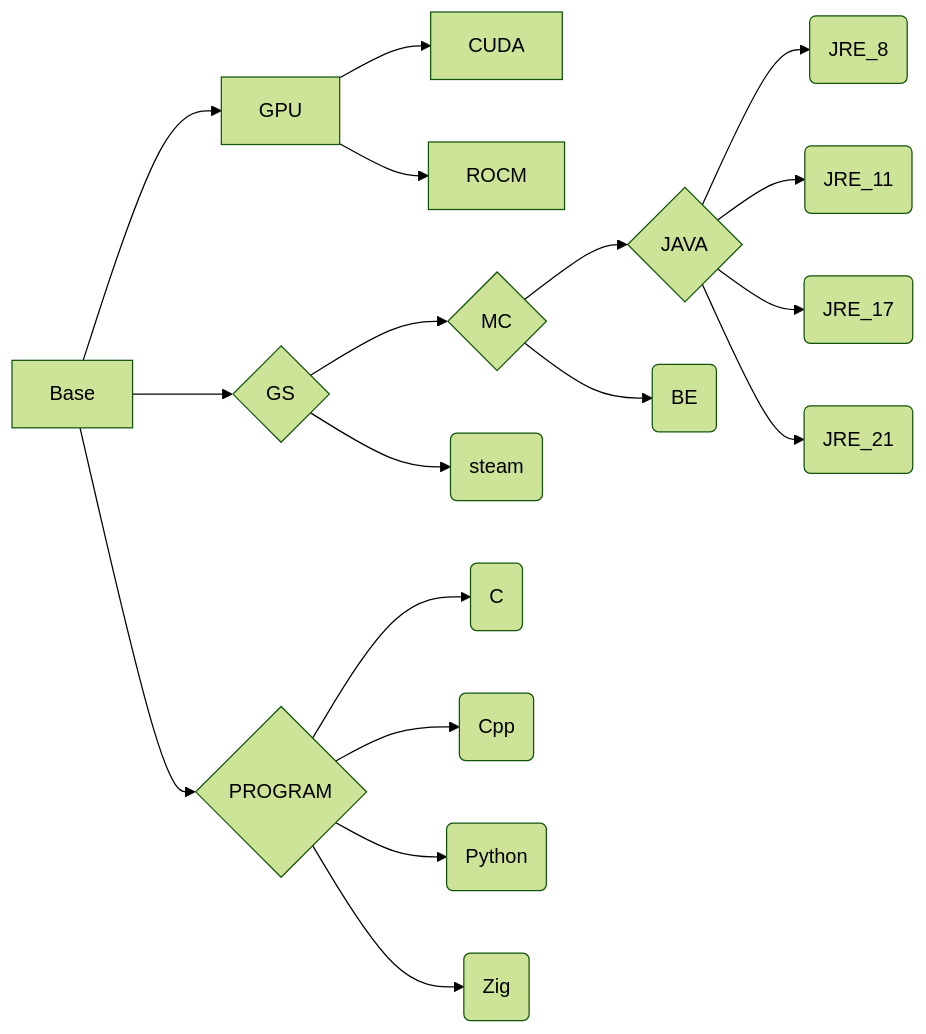
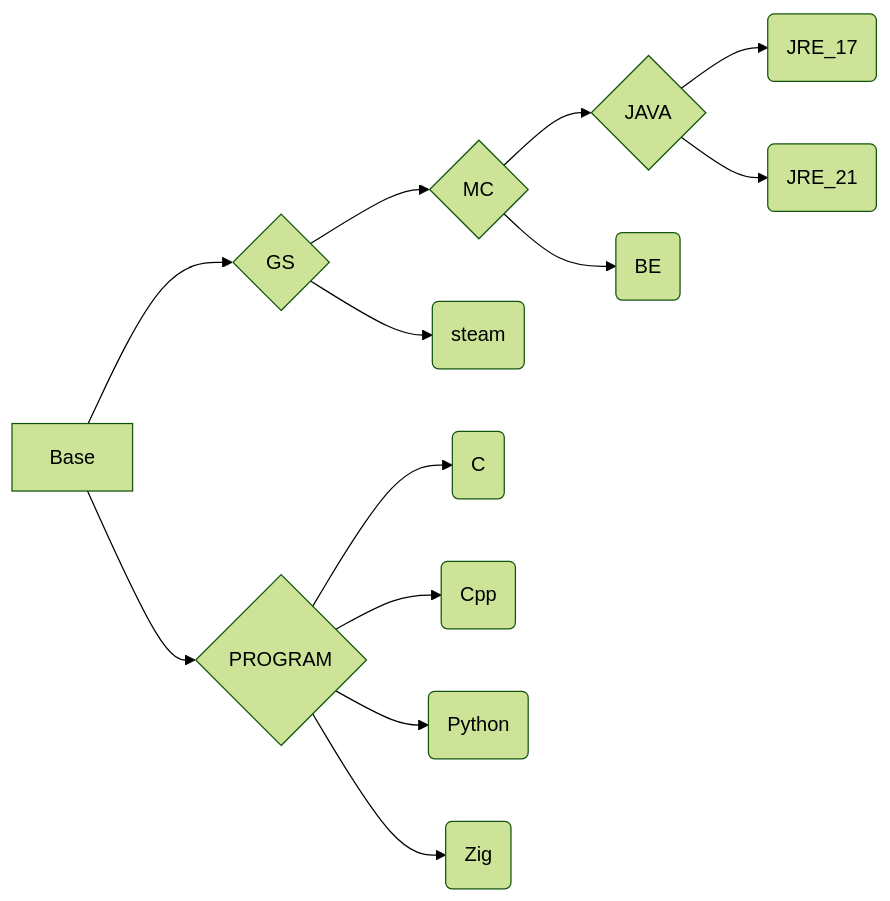
Before and after one commit to eoeair/cenv: the diagram in README.md, drawn with Mermaid (forest theme). The commit also changed other lines of this file and 14 other files, not shown here.

````diff
--- a/README.md
+++ b/README.md
@@ -29,22 +19,16 @@
 ```mermaid
 graph LR
-
-Base-->GPU
-GPU-->CUDA
-GPU-->ROCM
 
 Base-->G{GS}-->GA{MC}
 G-->GB(steam)
 GA{MC}-->GAA{JAVA}
 GA{MC}-->GAB(BE)
-GAA-->GAAA(JRE_8)
-GAA-->GAAB(JRE_11)
-GAA-->GAAC(JRE_17)
-GAA-->GAAD(JRE_21)
+GAA-->GAC(JRE_17)
+GAA-->GAD(JRE_21)
 
 Base-->P{PROGRAM}
 P-->PA(C)
 P-->PB(Cpp)
 P-->PC(Python)
 P-->PD(Zig)
 ```
````
